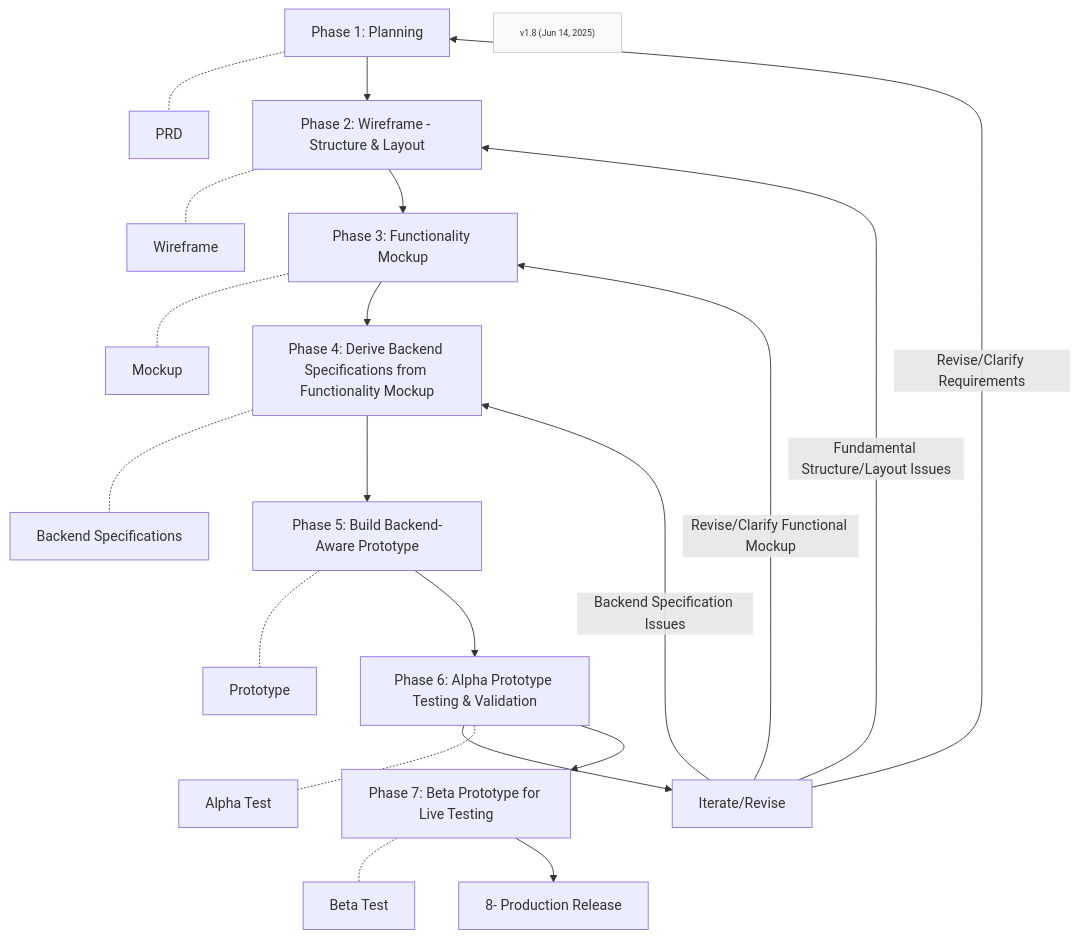
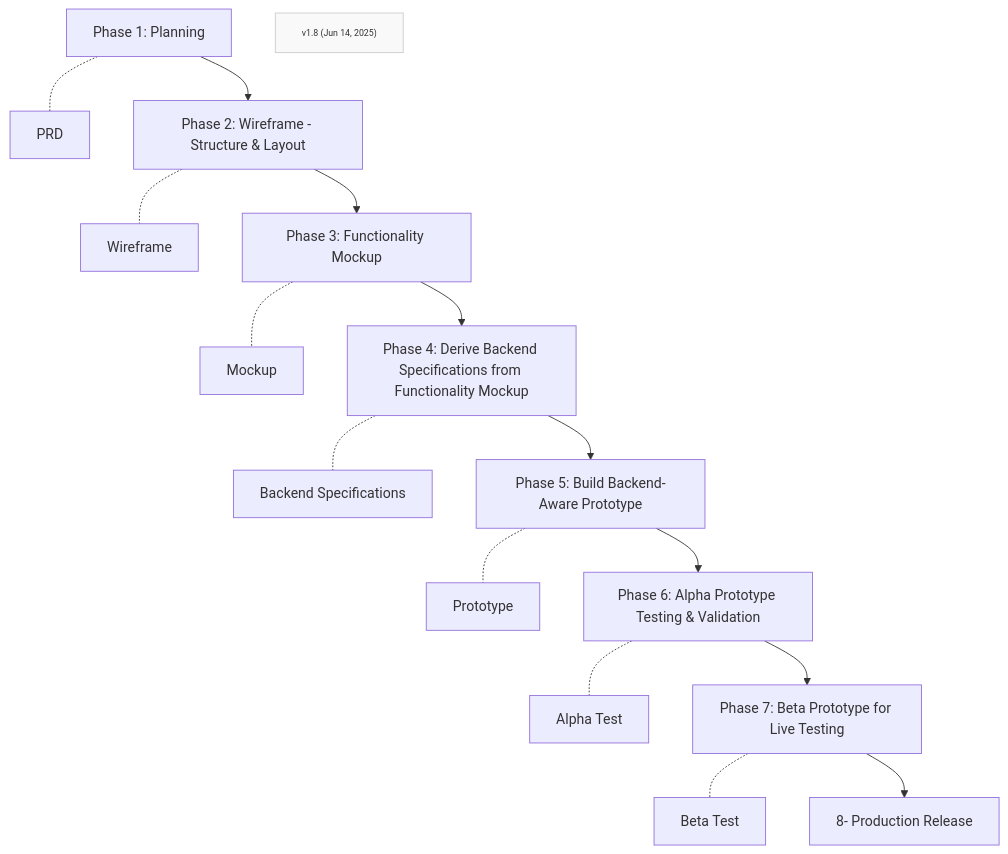
The first of 2 diagrams in Phases/FF-overview.md (Mharbulous/Front-First-Method), drawn with Mermaid before and after one commit.

````diff
--- a/Phases/FF-overview.md
+++ b/Phases/FF-overview.md
@@ -1,30 +1,27 @@
 ```mermaid
 graph TD
     
     Phase1["Phase 1: Planning"] -.- PRD["PRD"]
     Phase1 --> Phase2["Phase 2: Wireframe - Structure & Layout"]
     Phase2 -.- Wireframe["Wireframe"]
     Phase2 --> Phase3["Phase 3: Functionality Mockup"]
     Phase3 -.- Mockup["Mockup"]
     Phase3 --> Phase4["Phase 4: Derive Backend Specifications from Functionality Mockup"]
     Phase4 -.- Specs["Backend Specifications"]
     Phase4 --> Phase5["Phase 5: Build Backend-Aware Prototype"]
     Phase5 -.- Prototype["Prototype"]
     Phase5 --> Phase6["Phase 6: Alpha Prototype Testing & Validation"]    
-    Phase6 --> Iterate["Iterate/Revise"]
+    
     Phase6 -.- Alpha["Alpha Test"]
 
     Phase6 --> Phase7["Phase 7: Beta Prototype for Live Testing"]    
     Phase7 -.- Beta["Beta Test"]  
     Phase7 --> Production["8- Production Release"]
 
     
-    Iterate -->|Revise/Clarify Requirements| Phase1
-    Iterate -->|Fundamental Structure/Layout Issues| Phase2
-    Iterate -->|Revise/Clarify Functional Mockup| Phase3
-    Iterate -->|Backend Specification Issues| Phase4       
+    
 
     VersionInfo["v1.8 (Jun 14, 2025)"]
     classDef version fill:#f9f9f9,stroke:#ccc,font-size:10px;
     class VersionInfo version
 ```
````
